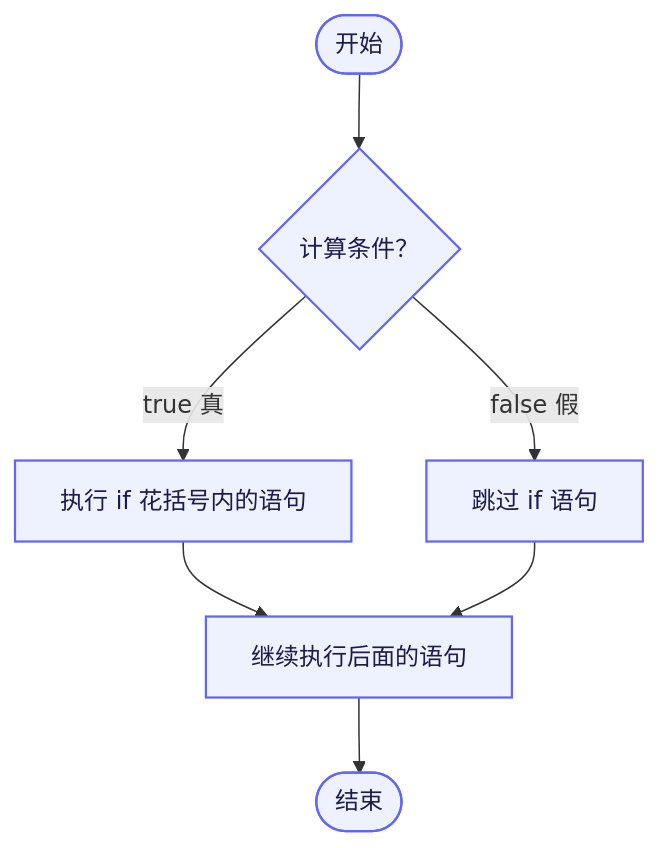
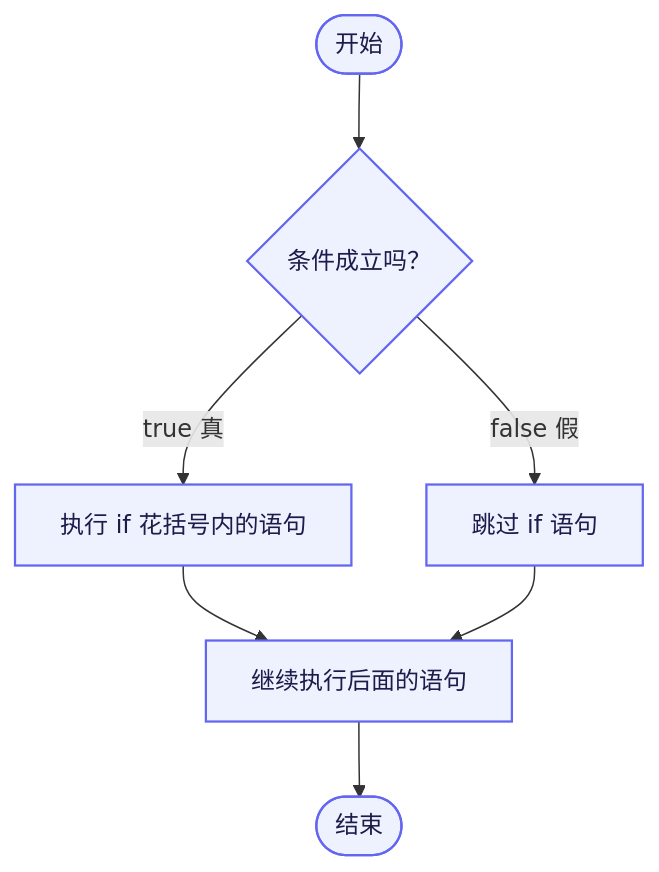
The first of 3 diagrams in docs/信息学奥赛/C++语法基础/C1_03_分支语句与比较运算符.md (caozuoxitong-ren/oier-fans.github.io), drawn with Mermaid before and after one commit. The commit also changed other lines of this file and 1 other file, not shown here.

Commit message:
设置流程图方框间距大小

````diff
--- a/docs/信息学奥赛/C++语法基础/C1_03_分支语句与比较运算符.md
+++ b/docs/信息学奥赛/C++语法基础/C1_03_分支语句与比较运算符.md
@@ -228,12 +228,12 @@
 ```mermaid
 flowchart TD
-    A([开始]) --> B{计算条件？}
+    A([开始]) --> B{条件成立吗？}
     B -->|true 真| C[执行 if 花括号内的语句]
     B -->|false 假| D[跳过 if 语句]
     C --> E[继续执行后面的语句]
     D --> E
     E --> F([结束])
 
     classDef unified fill:#EEF2FF,stroke:#6366F1,color:#1E1B4B,stroke-width:1.5px;
     class A,B,C,D,E,F unified;
 ```
````
